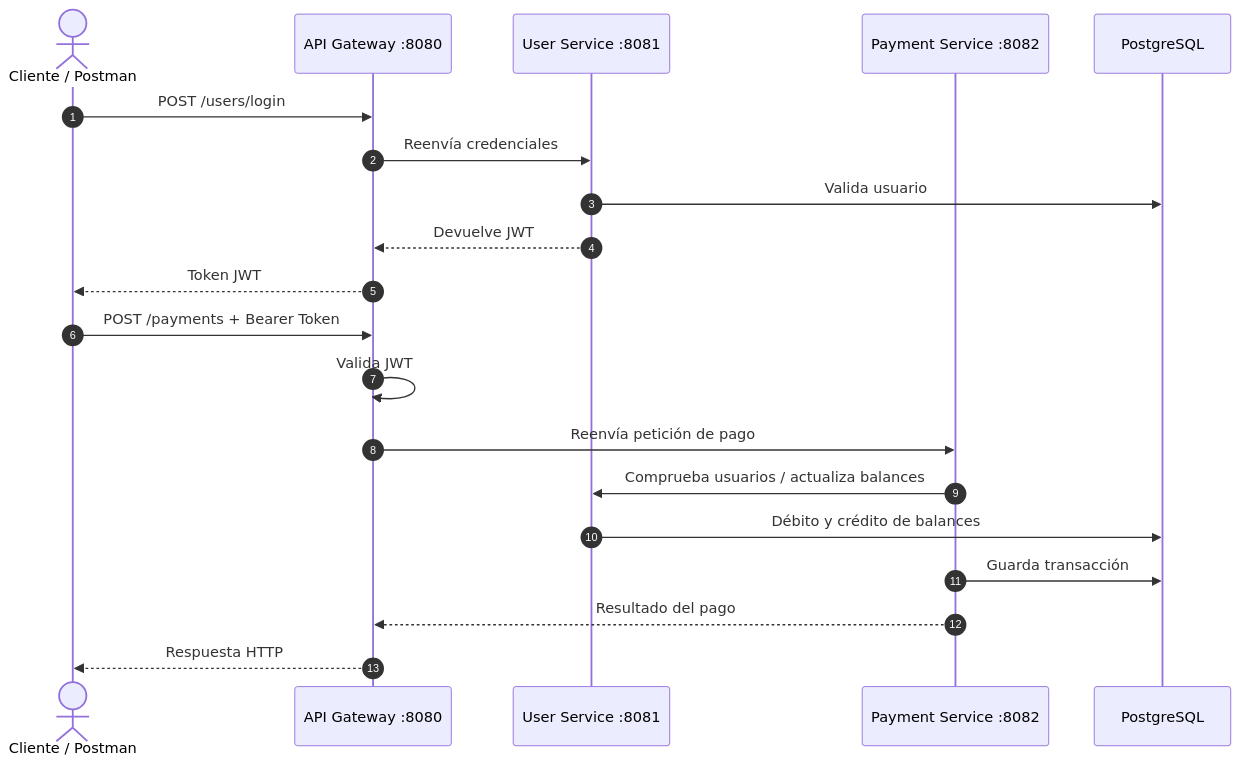
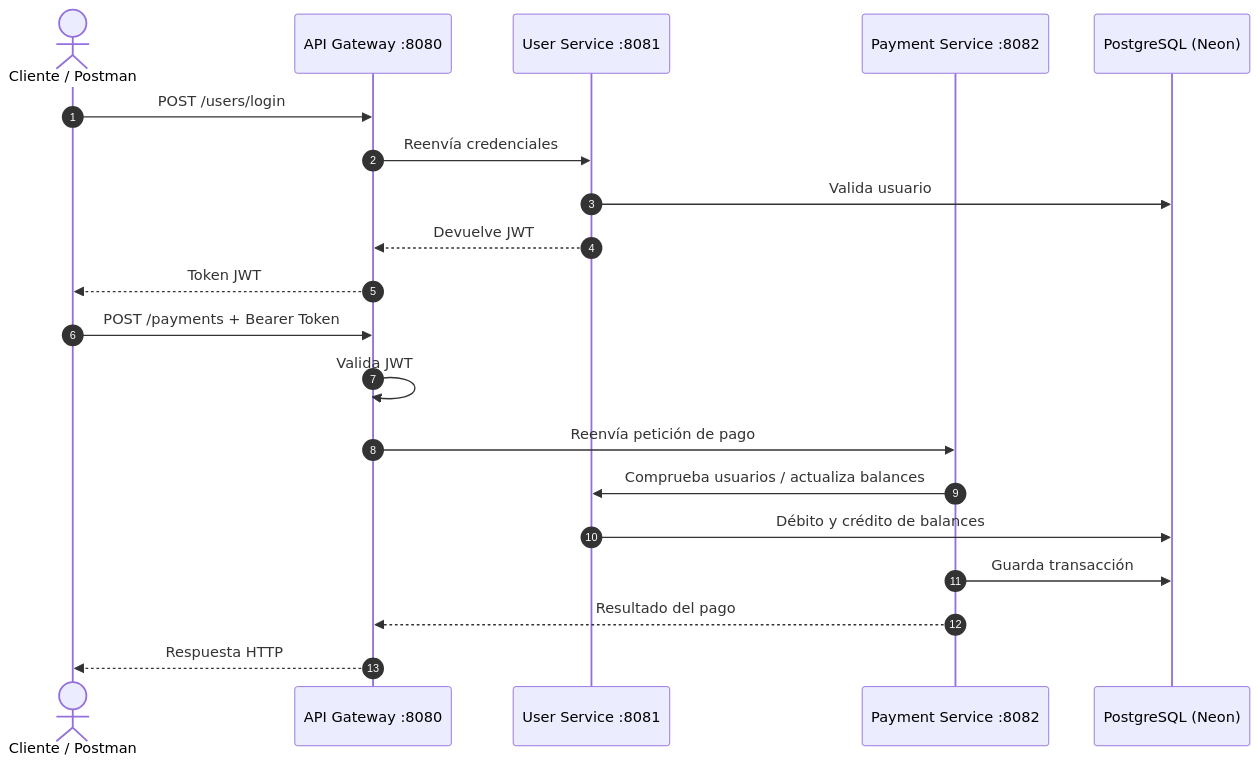
One commit to GonzaloPerezGimenez/PagosMicroservicios changed the diagram in README.md. Above: the diagram before and after it, drawn with Mermaid. The commit also changed other lines of this file and 3 other files, not shown here.

````diff
--- a/README.md
+++ b/README.md
@@ -24,24 +28,24 @@
 ```mermaid
 sequenceDiagram
     autonumber
     actor Cliente as Cliente / Postman
     participant Gateway as API Gateway :8080
     participant User as User Service :8081
     participant Payment as Payment Service :8082
-    participant DB as PostgreSQL
+    participant DB as PostgreSQL (Neon)
 
     Cliente->>Gateway: POST /users/login
     Gateway->>User: Reenvía credenciales
     User->>DB: Valida usuario
     User-->>Gateway: Devuelve JWT
     Gateway-->>Cliente: Token JWT
 
     Cliente->>Gateway: POST /payments + Bearer Token
     Gateway->>Gateway: Valida JWT
     Gateway->>Payment: Reenvía petición de pago
     Payment->>User: Comprueba usuarios / actualiza balances
     User->>DB: Débito y crédito de balances
     Payment->>DB: Guarda transacción
     Payment-->>Gateway: Resultado del pago
     Gateway-->>Cliente: Respuesta HTTP
 ```
````
